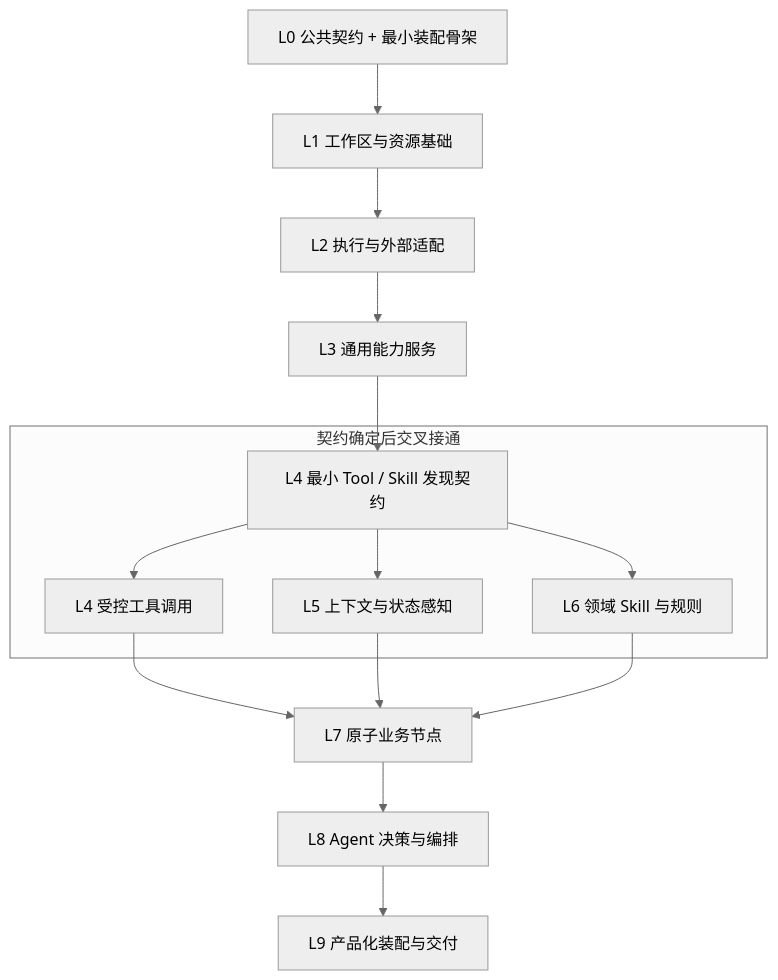
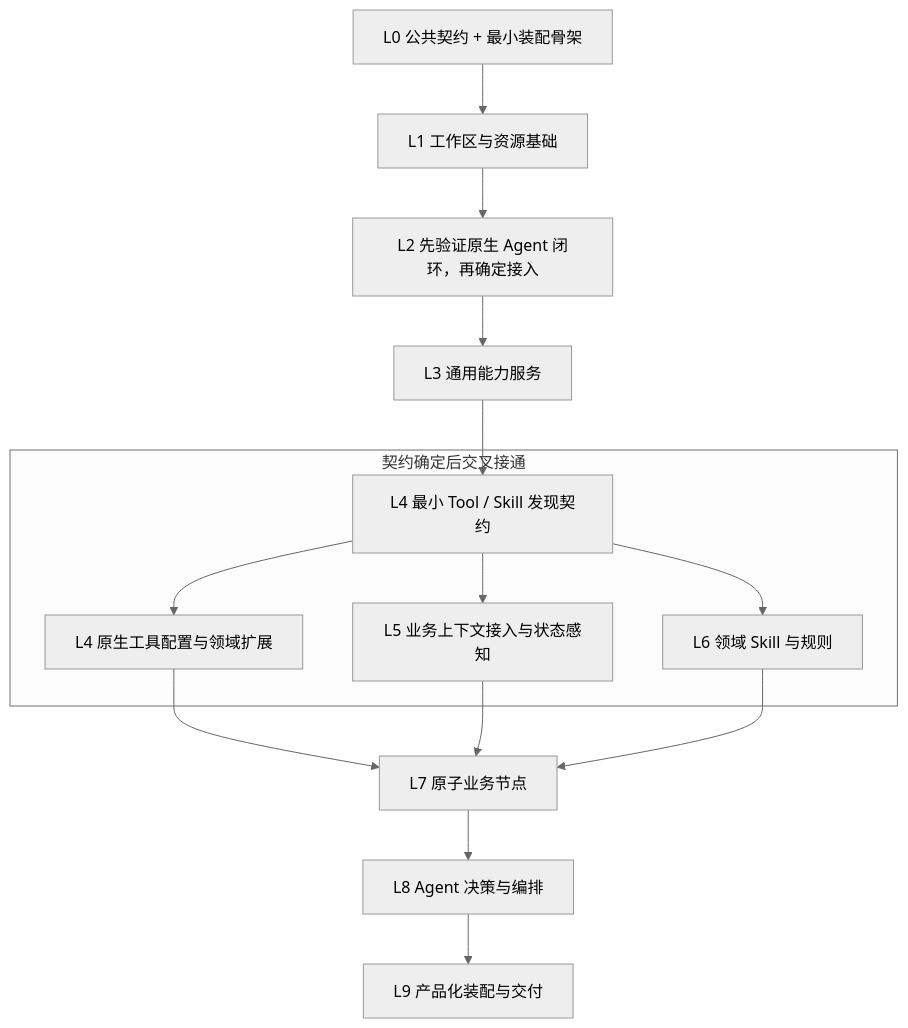
Before and after one commit to vancer17/Vet3D: the second of 2 diagrams in docs/vet3d/implementation/README.md, drawn with Mermaid (neutral theme). The commit also changed other lines of this file and 16 other files, not shown here.

````diff
--- a/docs/vet3d/implementation/README.md
+++ b/docs/vet3d/implementation/README.md
@@ -106,17 +110,17 @@
 ```mermaid
 flowchart TD
     L0["L0 公共契约 + 最小装配骨架"] --> L1["L1 工作区与资源基础"]
-    L1 --> L2["L2 执行与外部适配"]
+    L1 --> L2["L2 先验证原生 Agent 闭环，再确定接入"]
     L2 --> L3["L3 通用能力服务"]
     L3 --> CONTRACT["L4 最小 Tool / Skill 发现契约"]
     subgraph COOP["契约确定后交叉接通"]
-        CONTRACT --> TOOL["L4 受控工具调用"]
-        CONTRACT --> CONTEXT["L5 上下文与状态感知"]
+        CONTRACT --> TOOL["L4 原生工具配置与领域扩展"]
+        CONTRACT --> CONTEXT["L5 业务上下文接入与状态感知"]
         CONTRACT --> SKILL["L6 领域 Skill 与规则"]
     end
     TOOL --> L7["L7 原子业务节点"]
     CONTEXT --> L7
     SKILL --> L7
     L7 --> L8["L8 Agent 决策与编排"]
     L8 --> L9["L9 产品化装配与交付"]
 ```
````
